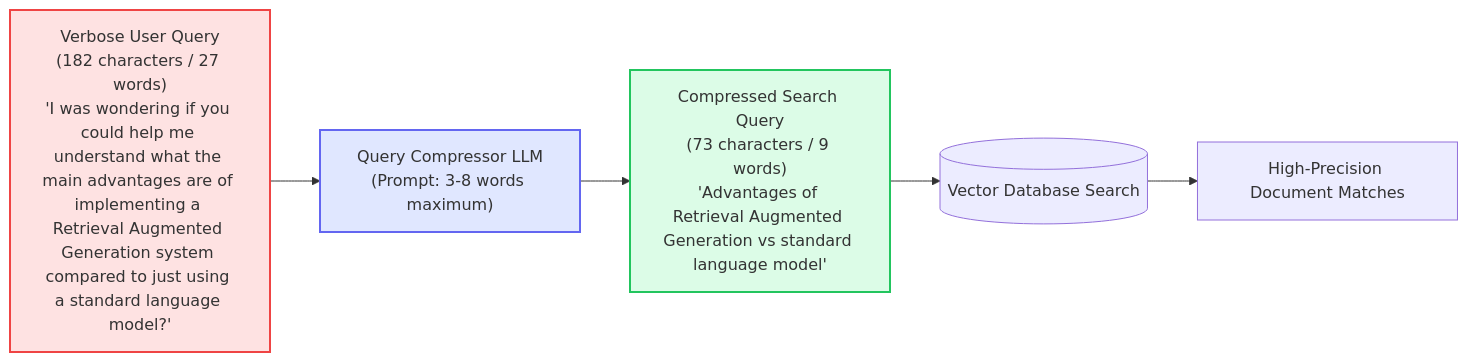
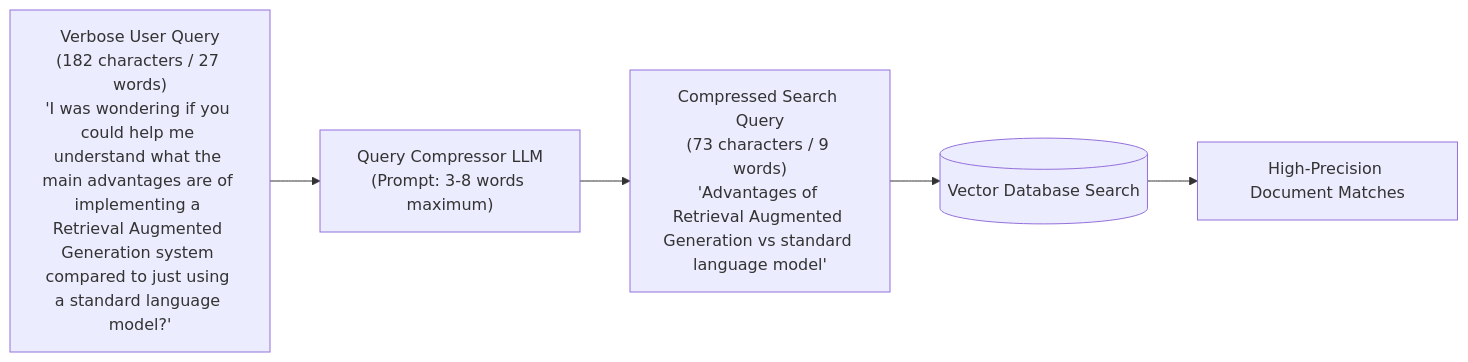
One commit to d-hackmt/query-transformations changed the diagram in docs/06_query_compression.md. Above: the diagram before and after it, drawn with Mermaid. The commit also changed 9 other files, not shown here.

Commit message:
style: remove hardcoded colors from all mermaid diagrams for clean native theme rendering

````diff
--- a/docs/06_query_compression.md
+++ b/docs/06_query_compression.md
@@ -30,13 +30,10 @@
 ```mermaid
 flowchart LR
     Verbose["Verbose User Query<br/>(182 characters / 27 words)<br/>'I was wondering if you could help me understand what the main advantages are of implementing a Retrieval Augmented Generation system compared to just using a standard language model?'"] --> Compressor["Query Compressor LLM<br/>(Prompt: 3-8 words maximum)"]
     
     Compressor --> Dense["Compressed Search Query<br/>(73 characters / 9 words)<br/>'Advantages of Retrieval Augmented Generation vs standard language model'"]
     
     Dense --> VDB[("Vector Database Search")]
     VDB --> Chunks["High-Precision Document Matches"]
     
-    style Verbose fill:#fee2e2,stroke:#ef4444,stroke-width:2px
-    style Compressor fill:#e0e7ff,stroke:#6366f1,stroke-width:2px
-    style Dense fill:#dcfce7,stroke:#22c55e,stroke-width:2px
 ```
````
